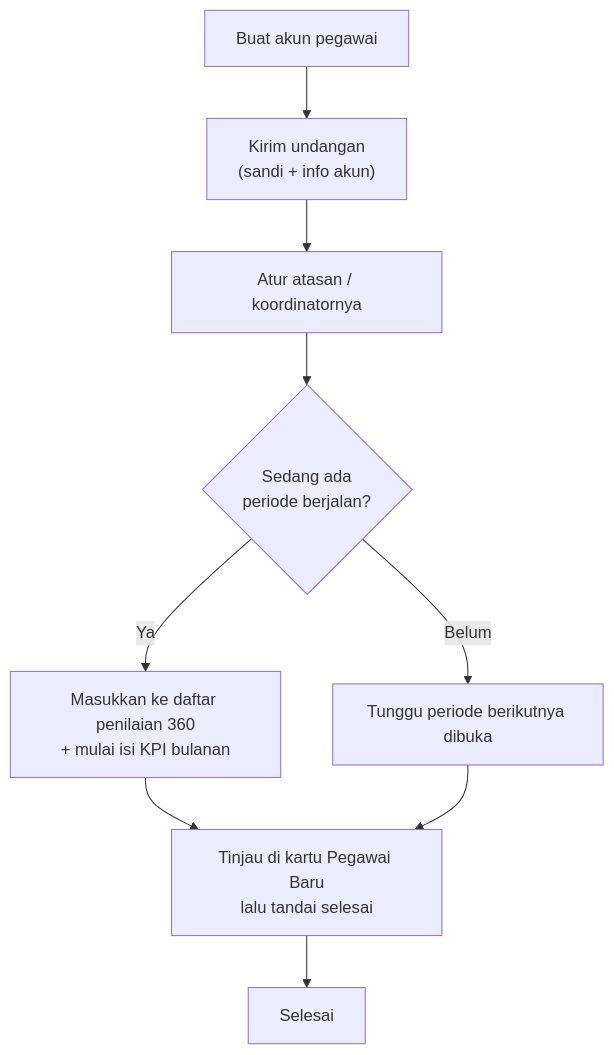
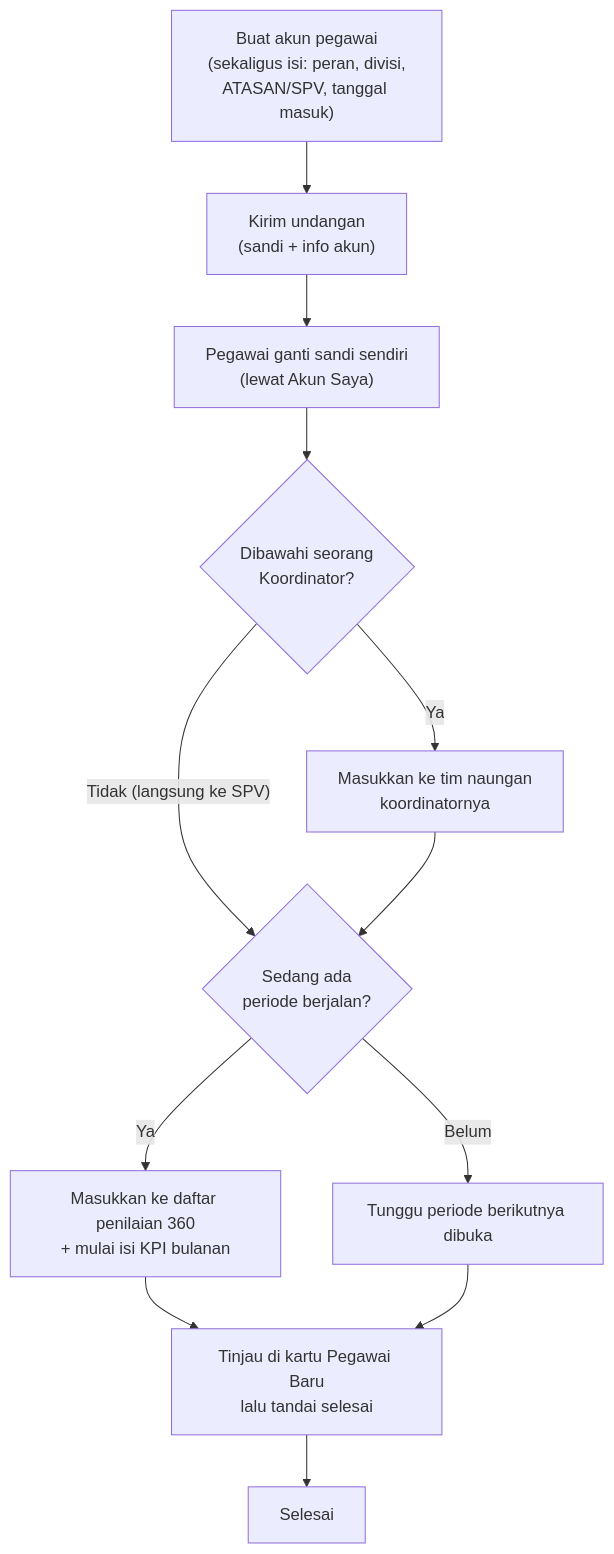
One commit to infarmcorp/infarm-360 changed the diagram in docs/panduan/sop/SOP-PEGAWAI-BARU.md. Above: the diagram before and after it, drawn with Mermaid. The commit also changed other lines of this file and 1 other file, not shown here.

First line of the commit message:
docs(sop): perjelas langkah atasan vs koordinator (Pegawai Baru) + Aktivasi (Siklus)

````diff
--- a/docs/panduan/sop/SOP-PEGAWAI-BARU.md
+++ b/docs/panduan/sop/SOP-PEGAWAI-BARU.md
@@ -14,11 +14,14 @@
 ```mermaid
 flowchart TD
-    A["Buat akun pegawai"] --> B["Kirim undangan<br/>(sandi + info akun)"]
-    B --> C["Atur atasan / koordinatornya"]
-    C --> D{"Sedang ada<br/>periode berjalan?"}
-    D -- "Ya" --> E["Masukkan ke daftar penilaian 360<br/>+ mulai isi KPI bulanan"]
-    D -- "Belum" --> F["Tunggu periode berikutnya dibuka"]
-    E --> G["Tinjau di kartu Pegawai Baru<br/>lalu tandai selesai"]
-    F --> G
-    G --> H["Selesai"]
+    A["Buat akun pegawai<br/>(sekaligus isi: peran, divisi,<br/>ATASAN/SPV, tanggal masuk)"] --> B["Kirim undangan<br/>(sandi + info akun)"]
+    B --> C["Pegawai ganti sandi sendiri<br/>(lewat Akun Saya)"]
+    C --> D{"Dibawahi seorang<br/>Koordinator?"}
+    D -- "Ya" --> E["Masukkan ke tim naungan<br/>koordinatornya"]
+    D -- "Tidak (langsung ke SPV)" --> F{"Sedang ada<br/>periode berjalan?"}
+    E --> F
+    F -- "Ya" --> G["Masukkan ke daftar penilaian 360<br/>+ mulai isi KPI bulanan"]
+    F -- "Belum" --> H["Tunggu periode berikutnya dibuka"]
+    G --> I["Tinjau di kartu Pegawai Baru<br/>lalu tandai selesai"]
+    H --> I
+    I --> J["Selesai"]
 ```
````
